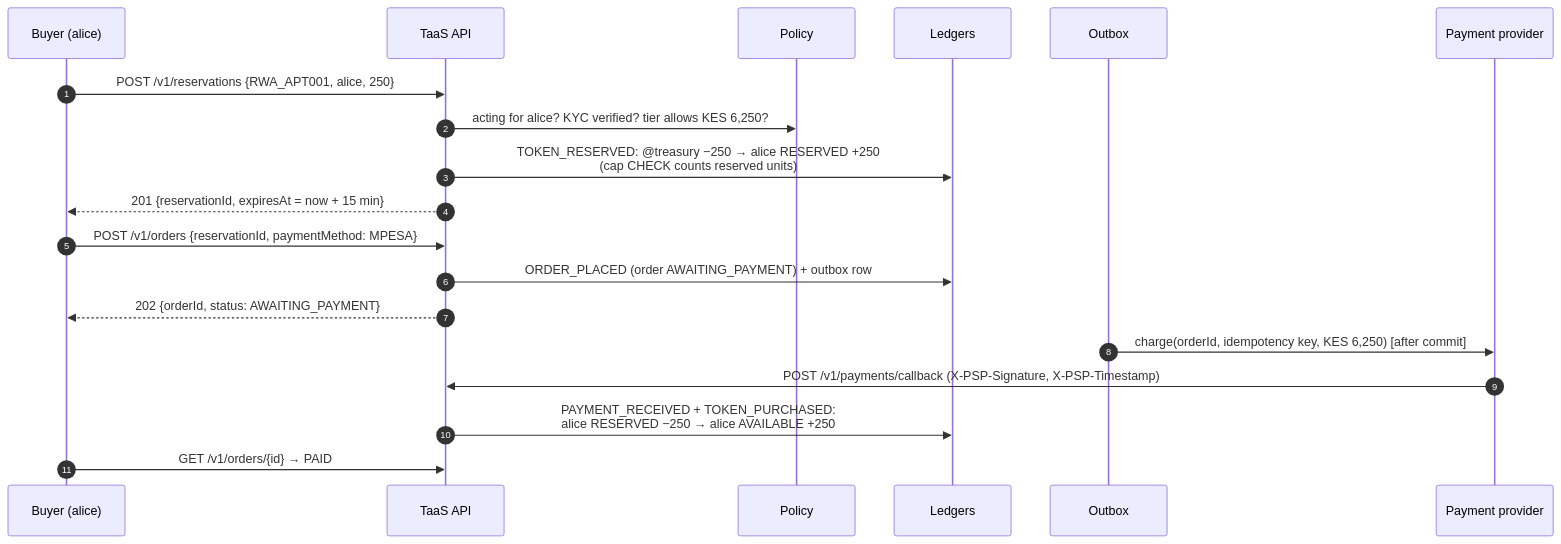
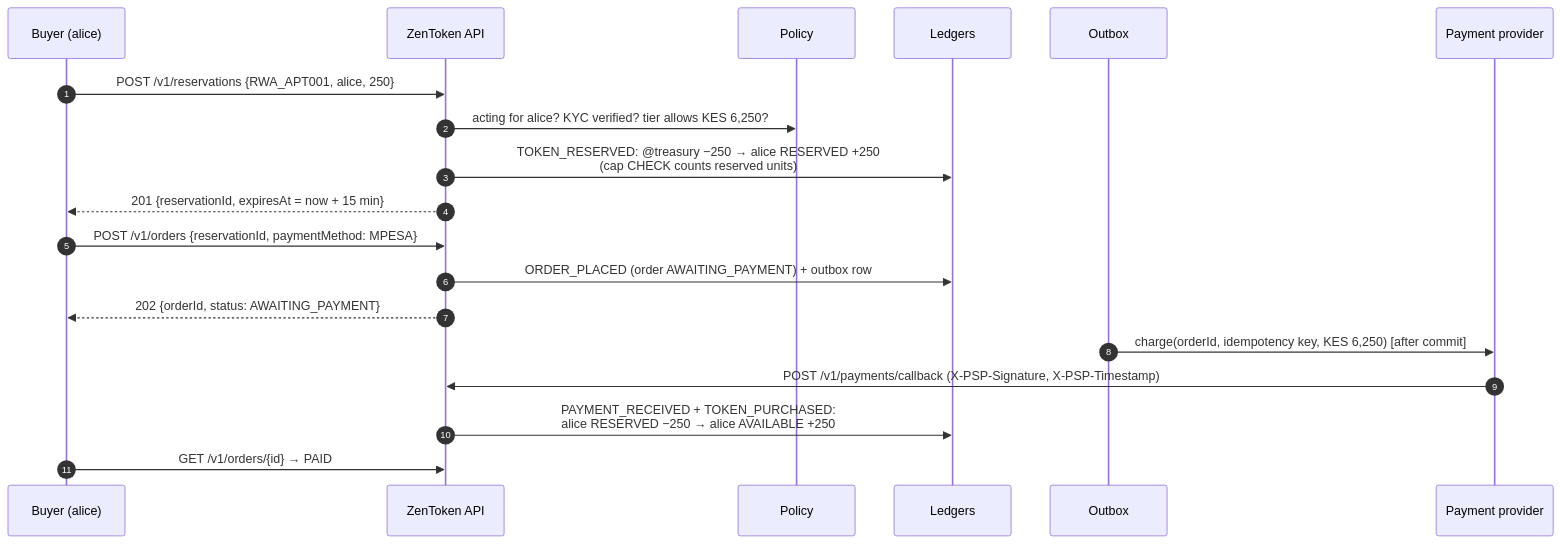
Before and after one commit to Oughty-Otieno/taas: the second of 2 diagrams in docs/04-workflows.md, drawn with Mermaid. The commit also changed other lines of this file and 38 other files, not shown here.

First line of the commit message:
Rename the app to ZenToken; pay redemptions out to M-PESA

````diff
--- a/docs/04-workflows.md
+++ b/docs/04-workflows.md
@@ -43,22 +43,22 @@
 ```mermaid
 sequenceDiagram
     autonumber
     participant B as Buyer (alice)
-    participant API as TaaS API
+    participant API as ZenToken API
     participant PDP as Policy
     participant DB as Ledgers
     participant OB as Outbox
     participant PSP as Payment provider
 
     B->>API: POST /v1/reservations {RWA_APT001, alice, 250}
     API->>PDP: acting for alice? KYC verified? tier allows KES 6,250?
     API->>DB: TOKEN_RESERVED: @treasury −250 → alice RESERVED +250<br/>(cap CHECK counts reserved units)
     API-->>B: 201 {reservationId, expiresAt = now + 15 min}
     B->>API: POST /v1/orders {reservationId, paymentMethod: MPESA}
     API->>DB: ORDER_PLACED (order AWAITING_PAYMENT) + outbox row
     API-->>B: 202 {orderId, status: AWAITING_PAYMENT}
     OB->>PSP: charge(orderId, idempotency key, KES 6,250)   [after commit]
     PSP->>API: POST /v1/payments/callback (X-PSP-Signature, X-PSP-Timestamp)
     API->>DB: PAYMENT_RECEIVED + TOKEN_PURCHASED:<br/>alice RESERVED −250 → alice AVAILABLE +250
     B->>API: GET /v1/orders/{id} → PAID
 ```
````
